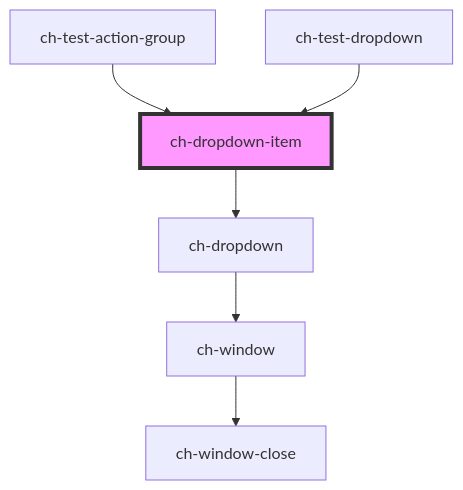
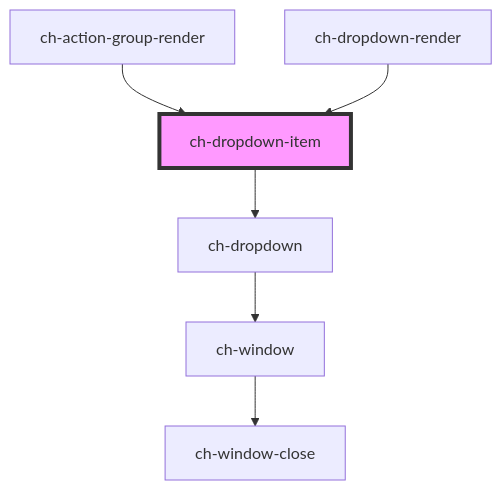
The diagram in src/components/dropdown-item/readme.md (genexuslabs/chameleon-controls-library), drawn with Mermaid before and after one commit. The commit also changed other lines of this file and 6 other files, not shown here.

````diff
--- a/src/components/dropdown-item/readme.md
+++ b/src/components/dropdown-item/readme.md
@@ -66,9 +66,9 @@
 ```mermaid
 graph TD;
   ch-dropdown-item --> ch-dropdown
   ch-dropdown --> ch-window
   ch-window --> ch-window-close
-  ch-test-action-group --> ch-dropdown-item
-  ch-test-dropdown --> ch-dropdown-item
+  ch-action-group-render --> ch-dropdown-item
+  ch-dropdown-render --> ch-dropdown-item
   style ch-dropdown-item fill:#f9f,stroke:#333,stroke-width:4px
 ```
````
